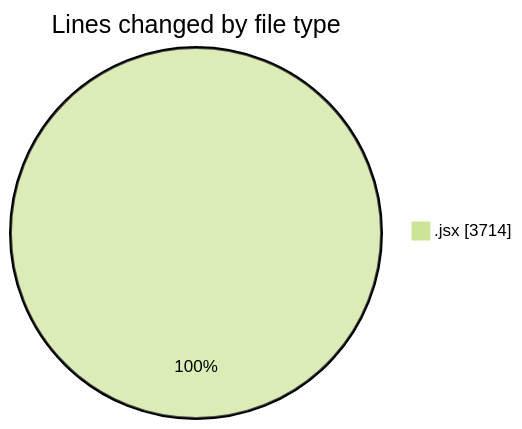
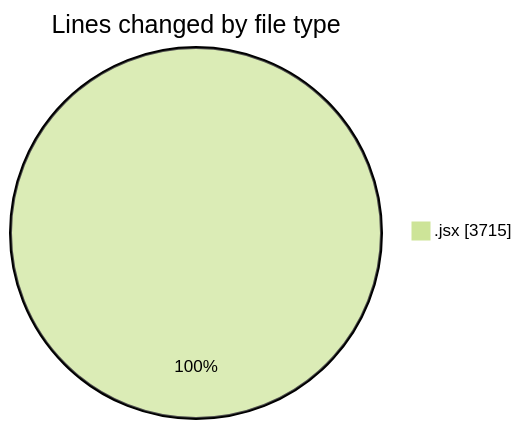
Before and after one commit to nxtqubesakshisongat/code-tracking: the first of 2 diagrams in 2025-05-12/argos-dev/README.md, drawn with Mermaid (forest theme). The commit also changed other lines of this file and 1 other file, not shown here.

````diff
--- a/2025-05-12/argos-dev/README.md
+++ b/2025-05-12/argos-dev/README.md
@@ -26,5 +26,5 @@
 ```mermaid
 pie showData
 title Lines changed by file type
-".jsx" : 3714
+".jsx" : 3715
 ```
````
